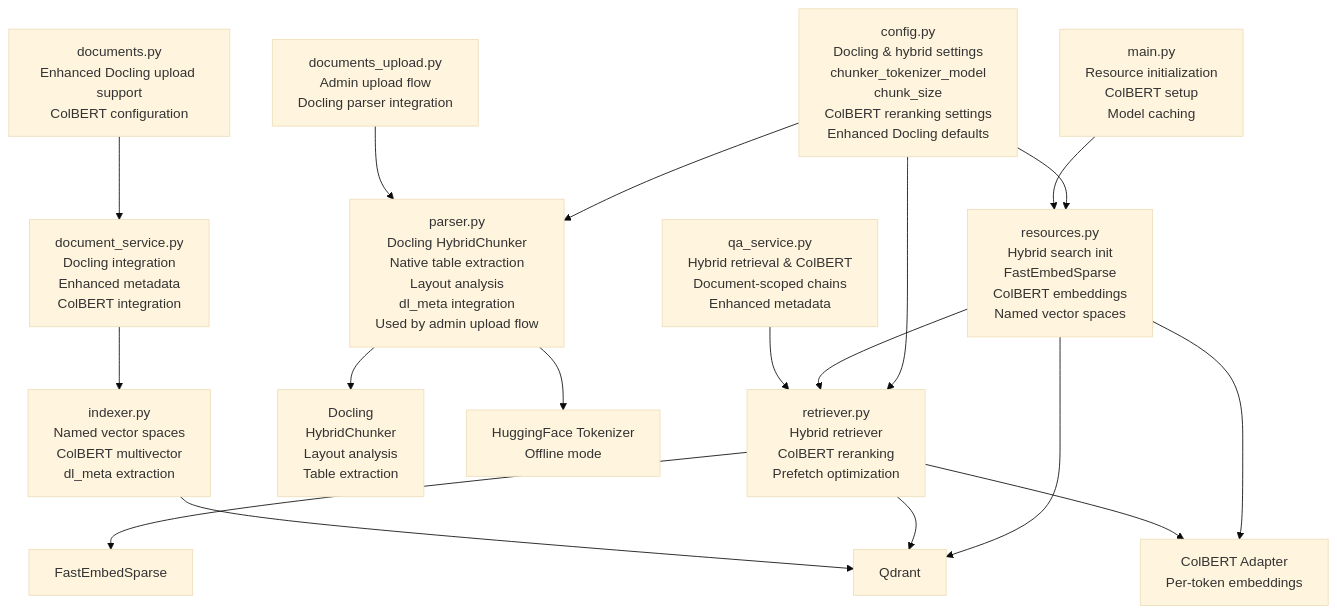
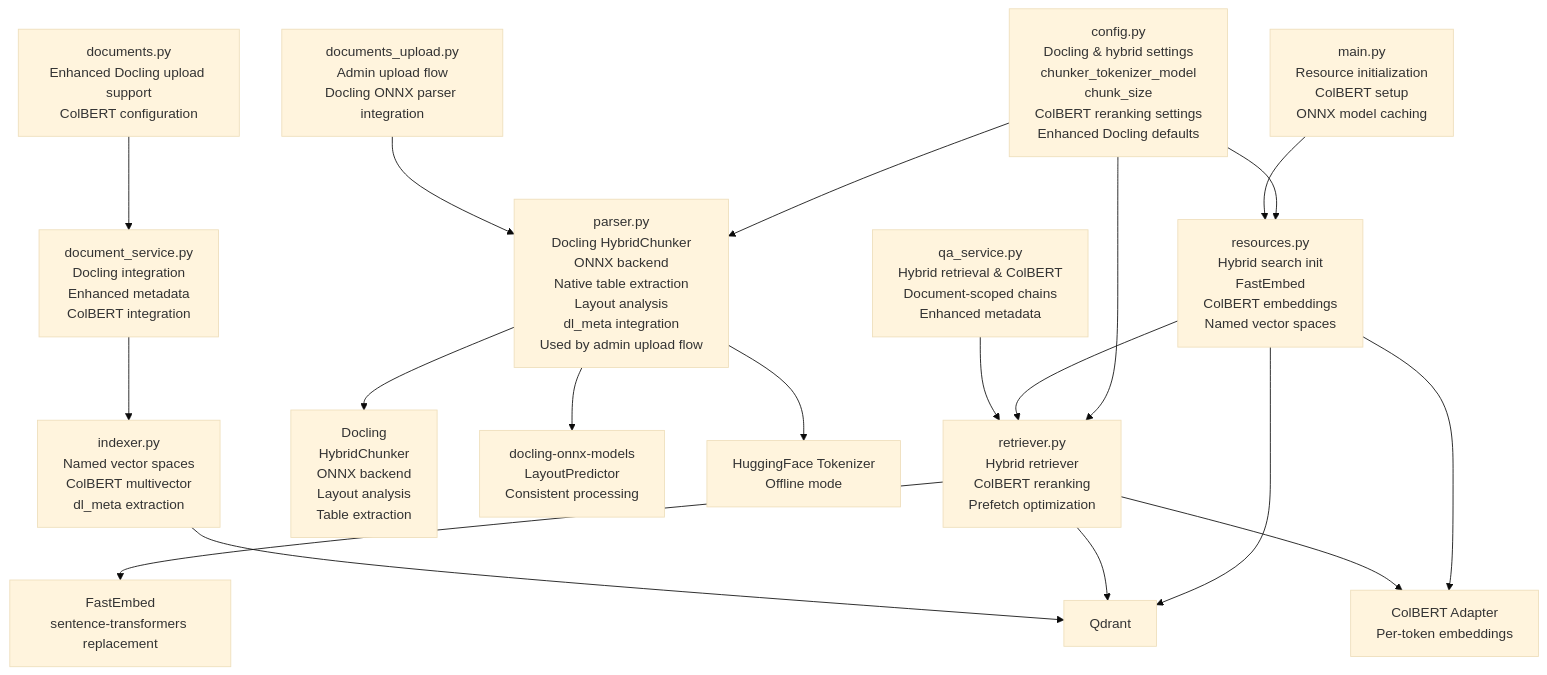
One commit to ognelis/cafetera_hr_bot changed diagram 11 of 11 in .qoder/repowiki/en/content/RAG Integration/RAG Parser Enhancement.md. Above: the diagram before and after it, drawn with Mermaid (base theme). The commit also changed other lines of this file and 14 other files, not shown here.

````diff
--- a/.qoder/repowiki/en/content/RAG Integration/RAG Parser Enhancement.md
+++ b/.qoder/repowiki/en/content/RAG Integration/RAG Parser Enhancement.md
@@ -502,20 +443,21 @@
 ```mermaid
 graph TB
-CFG["config.py<br/>Docling & hybrid settings<br/>chunker_tokenizer_model<br/>chunk_size<br/>ColBERT reranking settings<br/>Enhanced Docling defaults"] --> RES["resources.py<br/>Hybrid search init<br/>FastEmbedSparse<br/>ColBERT embeddings<br/>Named vector spaces"]
+CFG["config.py<br/>Docling & hybrid settings<br/>chunker_tokenizer_model<br/>chunk_size<br/>ColBERT reranking settings<br/>Enhanced Docling defaults"] --> RES["resources.py<br/>Hybrid search init<br/>FastEmbed<br/>ColBERT embeddings<br/>Named vector spaces"]
 CFG --> RET["retriever.py<br/>Hybrid retriever<br/>ColBERT reranking<br/>Prefetch optimization"]
-CFG --> PARSE["parser.py<br/>Docling HybridChunker<br/>Native table extraction<br/>Layout analysis<br/>dl_meta integration<br/>Used by admin upload flow"]
+CFG --> PARSE["parser.py<br/>Docling HybridChunker<br/>ONNX backend<br/>Native table extraction<br/>Layout analysis<br/>dl_meta integration<br/>Used by admin upload flow"]
 RES --> RET
 RES --> QDRANT["Qdrant"]
 RES --> COLBERT["ColBERT Adapter<br/>Per-token embeddings"]
-PARSE --> DOC["Docling<br/>HybridChunker<br/>Layout analysis<br/>Table extraction"]
+PARSE --> DOC["Docling<br/>HybridChunker<br/>ONNX backend<br/>Layout analysis<br/>Table extraction"]
+PARSE --> ONNX["docling-onnx-models<br/>LayoutPredictor<br/>Consistent processing"]
 PARSE --> HF["HuggingFace Tokenizer<br/>Offline mode"]
-RET --> FE["FastEmbedSparse"]
+RET --> FE["FastEmbed<br/>sentence-transformers replacement"]
 RET --> QDRANT
 RET --> COLBERT
 INDEXER["indexer.py<br/>Named vector spaces<br/>ColBERT multivector<br/>dl_meta extraction"] --> QDRANT
 SERVICE["document_service.py<br/>Docling integration<br/>Enhanced metadata<br/>ColBERT integration"] --> INDEXER
 API["documents.py<br/>Enhanced Docling upload support<br/>ColBERT configuration"] --> SERVICE
-UPLOAD["documents_upload.py<br/>Admin upload flow<br/>Docling parser integration"] --> PARSE
+UPLOAD["documents_upload.py<br/>Admin upload flow<br/>Docling ONNX parser integration"] --> PARSE
 QA["qa_service.py<br/>Hybrid retrieval & ColBERT<br/>Document-scoped chains<br/>Enhanced metadata"] --> RET
-MAIN["main.py<br/>Resource initialization<br/>ColBERT setup<br/>Model caching"] --> RES
+MAIN["main.py<br/>Resource initialization<br/>ColBERT setup<br/>ONNX model caching"] --> RES
 ```
````
